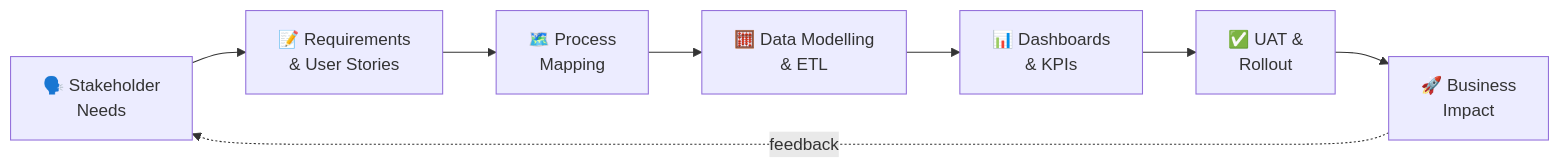
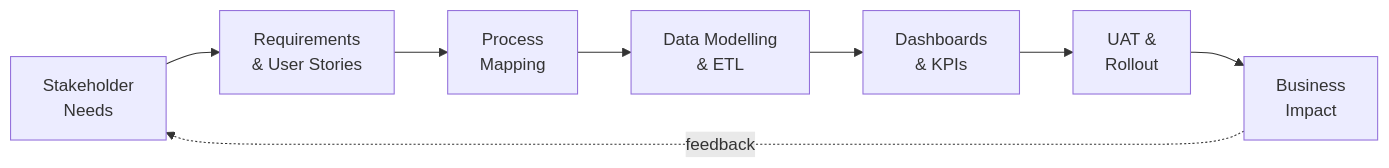
One commit to Mohammedimad01/Mohammedimad01 changed the diagram in README.md. Above: the diagram before and after it, drawn with Mermaid. The commit also changed other lines of this file and 1 other file, not shown here.

````diff
--- a/README.md
+++ b/README.md
@@ -159,10 +155,10 @@
 ```mermaid
 flowchart LR
-    A[🗣️ Stakeholder<br/>Needs] --> B[📝 Requirements<br/>& User Stories]
-    B --> C[🗺️ Process<br/>Mapping]
-    C --> D[🧮 Data Modelling<br/>& ETL]
-    D --> E[📊 Dashboards<br/>& KPIs]
-    E --> F[✅ UAT &<br/>Rollout]
-    F --> G[🚀 Business<br/>Impact]
+    A[Stakeholder<br/>Needs] --> B[Requirements<br/>& User Stories]
+    B --> C[Process<br/>Mapping]
+    C --> D[Data Modelling<br/>& ETL]
+    D --> E[Dashboards<br/>& KPIs]
+    E --> F[UAT &<br/>Rollout]
+    F --> G[Business<br/>Impact]
     G -. feedback .-> A
 ```
````
